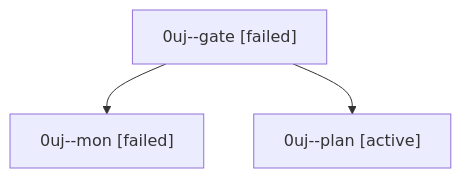
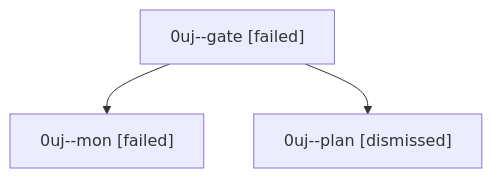
The diagram in sessions/bbugyi200.athena.0uj.md (bobs-org/bob-cli--agents), drawn with Mermaid before and after one commit. The commit also changed other lines of this file and 24 other files, not shown here.

````diff
--- a/sessions/bbugyi200.athena.0uj.md
+++ b/sessions/bbugyi200.athena.0uj.md
@@ -9,8 +9,8 @@
 ```mermaid
 flowchart TD
   n0["0uj--gate [failed]"]
   n1["0uj--mon [failed]"]
   n0 --> n1
-  n2["0uj--plan [active]"]
+  n2["0uj--plan [dismissed]"]
   n0 --> n2
 ```
````
